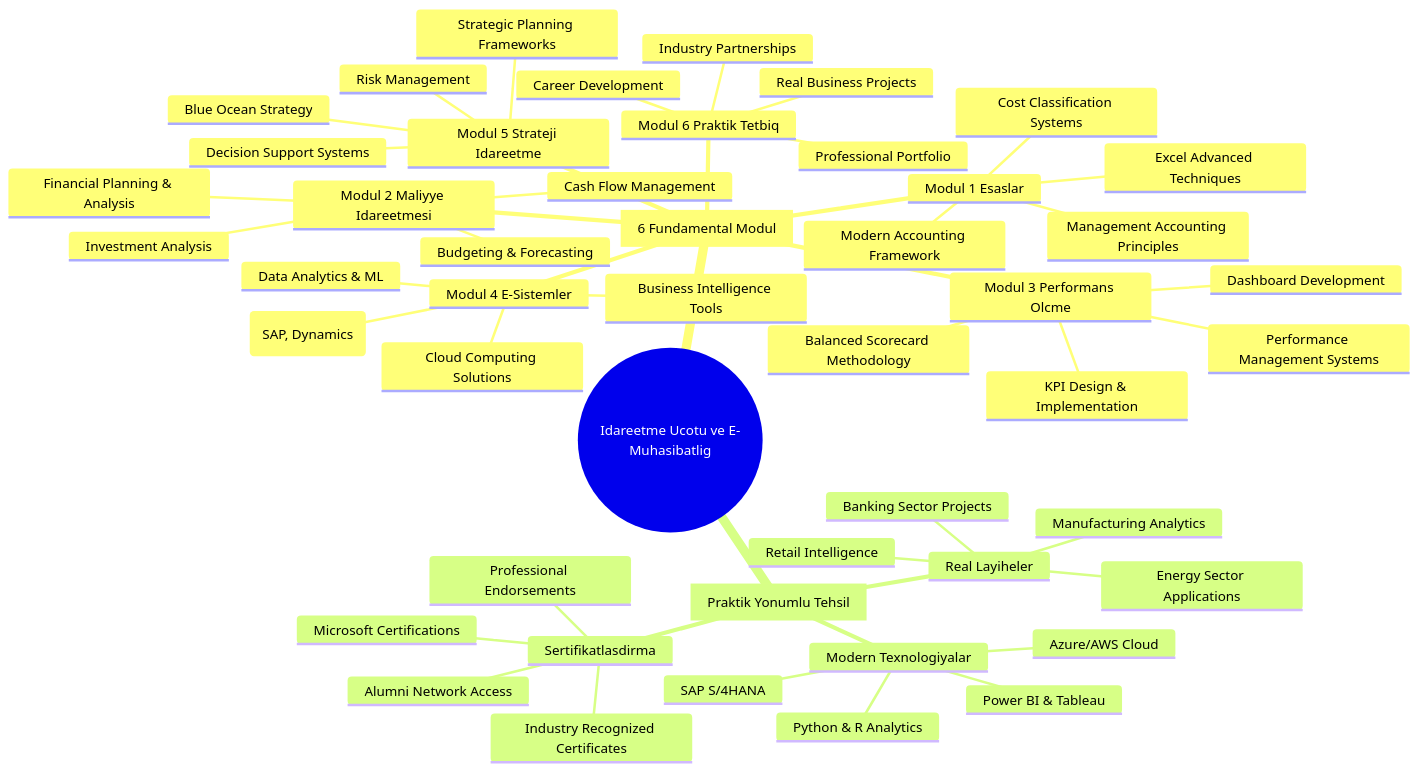
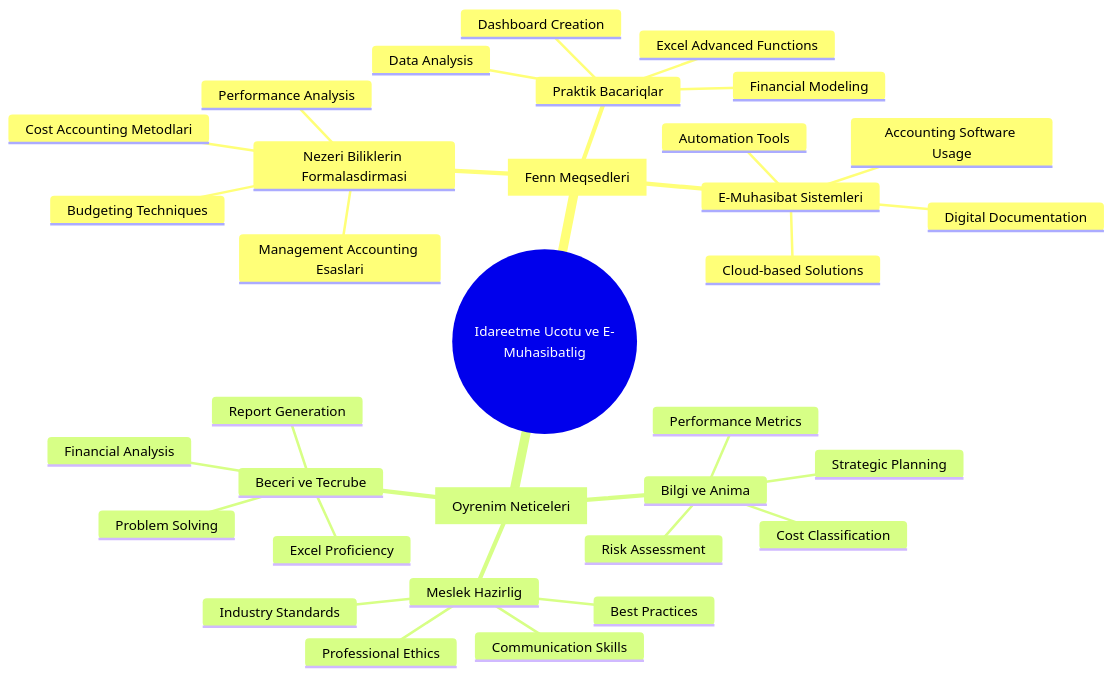
One commit to nes10r/D-A-e-m-hasibatl-q-f-nni changed the first of 3 diagrams in README.md. Above: the diagram before and after it, drawn with Mermaid. The commit also changed other lines of this file and 1 other file, not shown here.

````diff
--- a/README.md
+++ b/README.md
@@ -16,51 +30,36 @@
 ```mermaid
 mindmap
   root((Idareetme Ucotu ve E-Muhasibatlig))
-    [6 Fundamental Modul]
-      Modul 1 Esaslar
-        Management Accounting Principles
-        Cost Classification Systems
-        Modern Accounting Framework
-        Excel Advanced Techniques
-      Modul 2 Maliyye Idareetmesi
-        Financial Planning & Analysis
-        Budgeting & Forecasting
-        Cash Flow Management
-        Investment Analysis
-      Modul 3 Performans Olcme
-        KPI Design & Implementation
-        Balanced Scorecard Methodology
-        Dashboard Development
-        Performance Management Systems
-      Modul 4 E-Sistemler
-        ERP Systems (SAP, Dynamics)
-        Business Intelligence Tools
-        Data Analytics & ML
-        Cloud Computing Solutions
-      Modul 5 Strateji Idareetme
-        Strategic Planning Frameworks
-        Risk Management
-        Decision Support Systems
-        Blue Ocean Strategy
-      Modul 6 Praktik Tetbiq
-        Real Business Projects
-        Professional Portfolio
-        Industry Partnerships
-        Career Development
-    [Praktik Yonumlu Tehsil]
-      Real Layiheler
-        Banking Sector Projects
-        Manufacturing Analytics
-        Retail Intelligence
-        Energy Sector Applications
-      Modern Texnologiyalar
-        Power BI & Tableau
-        Python & R Analytics
-        SAP S/4HANA
-        Azure/AWS Cloud
-      Sertifikatlasdirma
-        Industry Recognized Certificates
-        Microsoft Certifications
-        Professional Endorsements
-        Alumni Network Access
+    [Fenn Meqsedleri]
+      Nezeri Biliklerin Formalasdirmasi
+        Management Accounting Esaslari
+        Cost Accounting Metodlari
+        Performance Analysis
+        Budgeting Techniques
+      Praktik Bacariqlar
+        Excel Advanced Functions
+        Financial Modeling
+        Dashboard Creation
+        Data Analysis
+      E-Muhasibat Sistemleri
+        Accounting Software Usage
+        Digital Documentation
+        Cloud-based Solutions
+        Automation Tools
+    [Oyrenim Neticeleri]
+      Bilgi ve Anima
+        Cost Classification
+        Performance Metrics
+        Strategic Planning
+        Risk Assessment
+      Beceri ve Tecrube
+        Excel Proficiency
+        Financial Analysis
+        Report Generation
+        Problem Solving
+      Meslek Hazirlig
+        Industry Standards
+        Best Practices
+        Professional Ethics
+        Communication Skills
 ```
````
